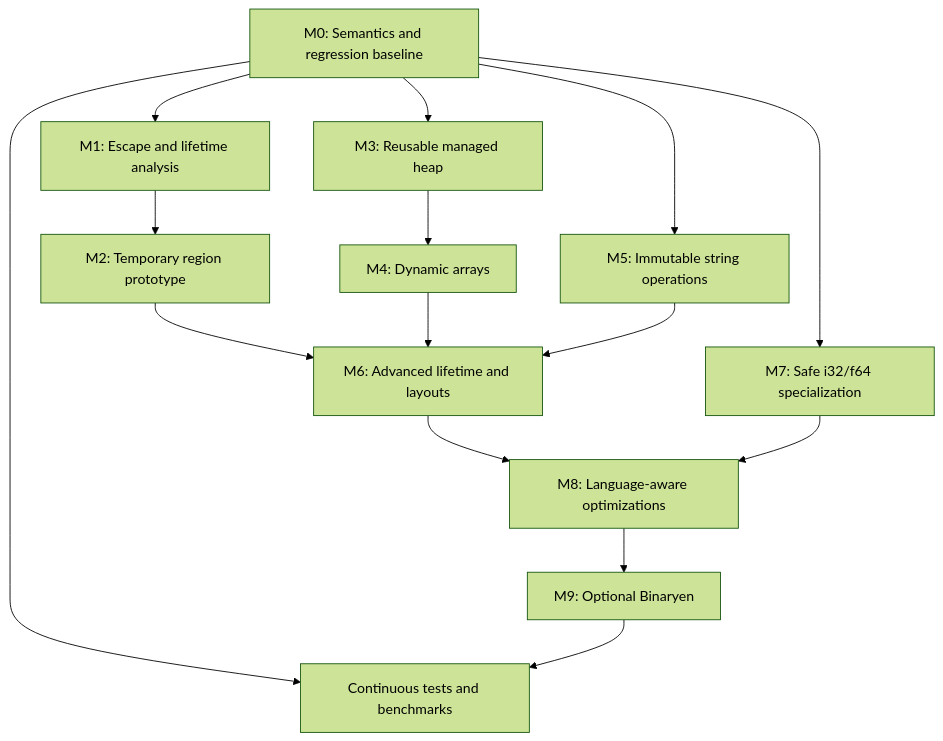
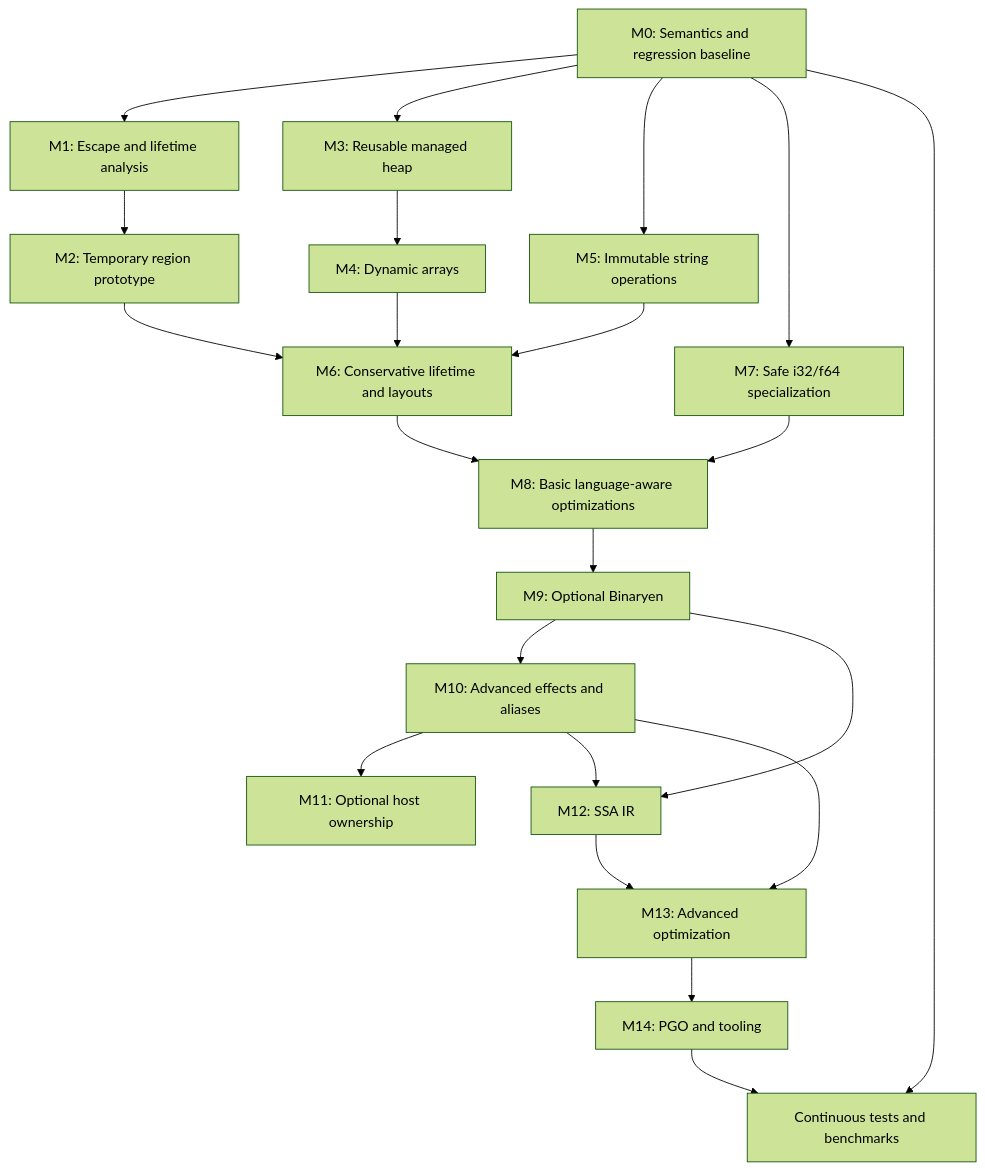
The fifth of 5 diagrams in docs/was_compiler_memory_and_optimization_roadmap.md (WAS-Language/was-compiler), drawn with Mermaid (forest theme) before and after one commit. The commit also changed other lines of this file and 7 other files, not shown here.

````diff
--- a/docs/was_compiler_memory_and_optimization_roadmap.md
+++ b/docs/was_compiler_memory_and_optimization_roadmap.md
@@ -853,17 +1119,24 @@
 ```mermaid
 flowchart TD
   M0[M0: Semantics and regression baseline] --> M1[M1: Escape and lifetime analysis]
   M1 --> M2[M2: Temporary region prototype]
   M0 --> M3[M3: Reusable managed heap]
   M3 --> M4[M4: Dynamic arrays]
   M0 --> M5[M5: Immutable string operations]
-  M2 --> M6[M6: Advanced lifetime and layouts]
+  M2 --> M6[M6: Conservative lifetime and layouts]
   M4 --> M6
   M5 --> M6
   M0 --> M7[M7: Safe i32/f64 specialization]
-  M6 --> M8[M8: Language-aware optimizations]
+  M6 --> M8[M8: Basic language-aware optimizations]
   M7 --> M8
   M8 --> M9[M9: Optional Binaryen]
+  M9 --> M10[M10: Advanced effects and aliases]
+  M10 --> M11[M11: Optional host ownership]
+  M10 --> M12[M12: SSA IR]
+  M9 --> M12
+  M12 --> M13[M13: Advanced optimization]
+  M10 --> M13
+  M13 --> M14[M14: PGO and tooling]
   M0 --> T[Continuous tests and benchmarks]
-  M9 --> T
+  M14 --> T
 ```
````
